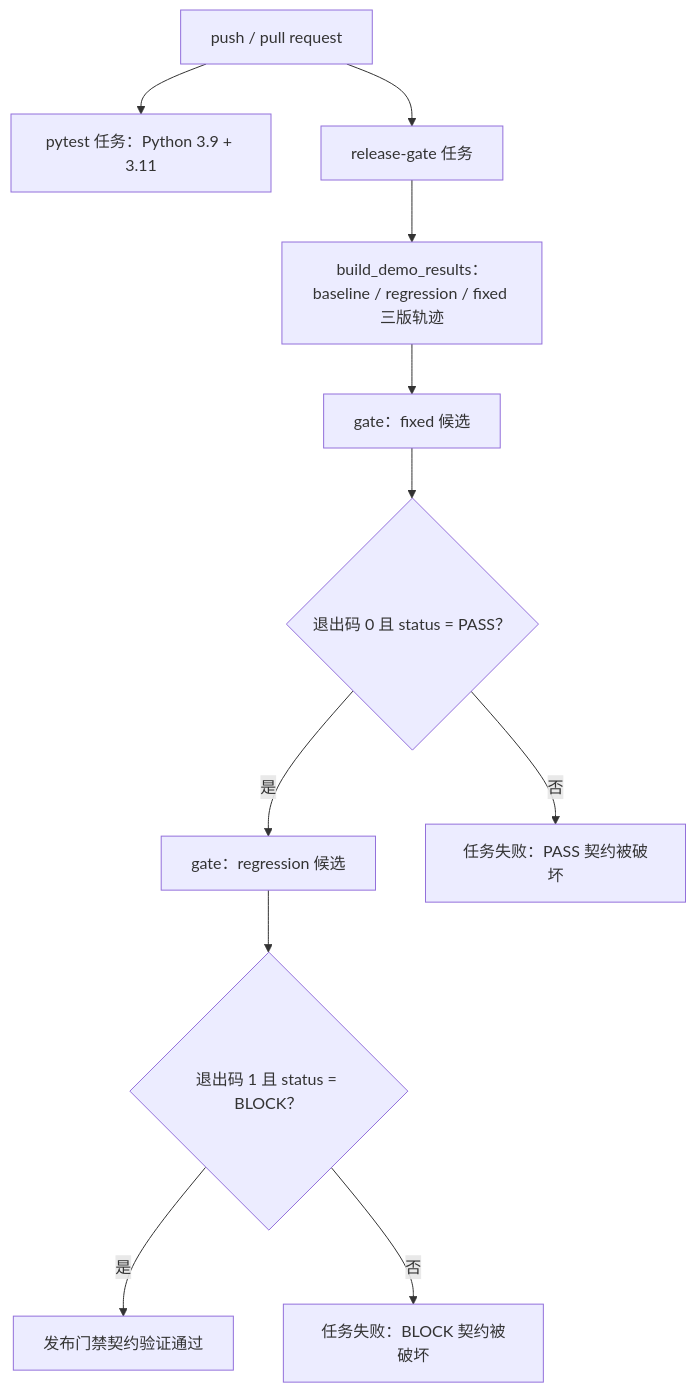
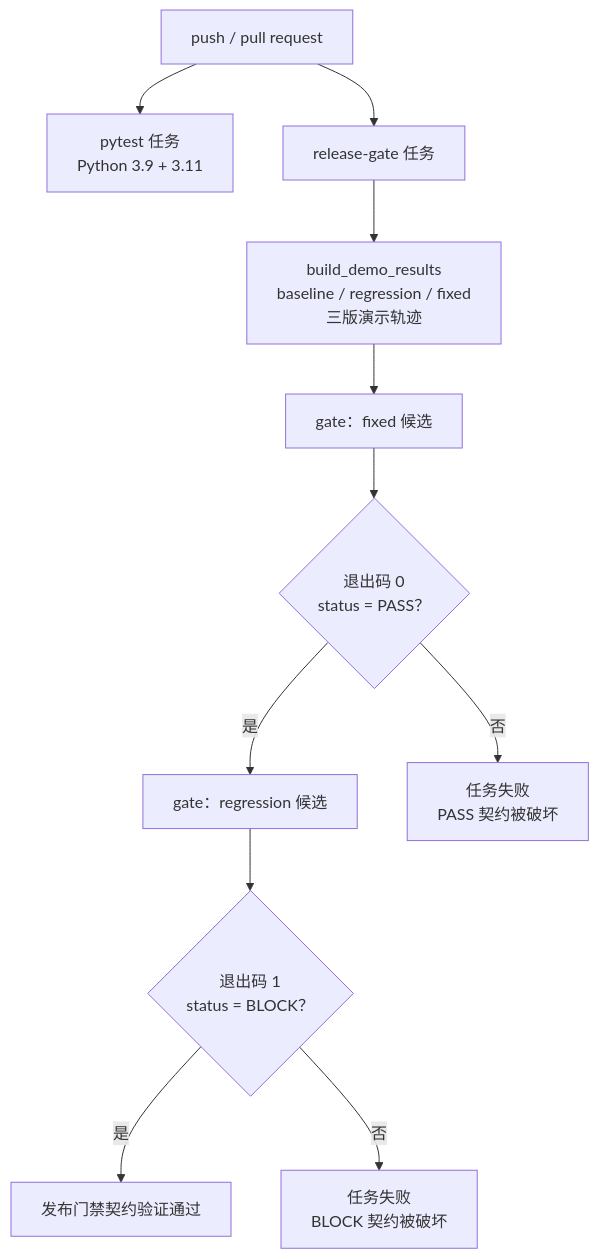
One commit to Ricardu255/TrajectEvo changed the diagram in docs/README.zh-CN.md. Above: the diagram before and after it, drawn with Mermaid. The commit also changed 1 other file, not shown here.

Commit message:
Wrap long mermaid labels so narrow renderers show full text

````diff
--- a/docs/README.zh-CN.md
+++ b/docs/README.zh-CN.md
@@ -119,13 +119,13 @@
 ```mermaid
 flowchart TD
-    Trigger["push / pull request"] --> Pytest["pytest 任务：Python 3.9 + 3.11"]
+    Trigger["push / pull request"] --> Pytest["pytest 任务<br/>Python 3.9 + 3.11"]
     Trigger --> Gate["release-gate 任务"]
-    Gate --> Gen["build_demo_results：baseline / regression / fixed 三版轨迹"]
+    Gate --> Gen["build_demo_results<br/>baseline / regression / fixed<br/>三版演示轨迹"]
     Gen --> FixedGate["gate：fixed 候选"]
-    FixedGate --> PassCheck{"退出码 0 且 status = PASS？"}
+    FixedGate --> PassCheck{"退出码 0<br/>status = PASS？"}
     PassCheck -- "是" --> RegGate["gate：regression 候选"]
-    PassCheck -- "否" --> Fail1["任务失败：PASS 契约被破坏"]
-    RegGate --> BlockCheck{"退出码 1 且 status = BLOCK？"}
+    PassCheck -- "否" --> Fail1["任务失败<br/>PASS 契约被破坏"]
+    RegGate --> BlockCheck{"退出码 1<br/>status = BLOCK？"}
     BlockCheck -- "是" --> Ok["发布门禁契约验证通过"]
-    BlockCheck -- "否" --> Fail2["任务失败：BLOCK 契约被破坏"]
+    BlockCheck -- "否" --> Fail2["任务失败<br/>BLOCK 契约被破坏"]
 ```
````
